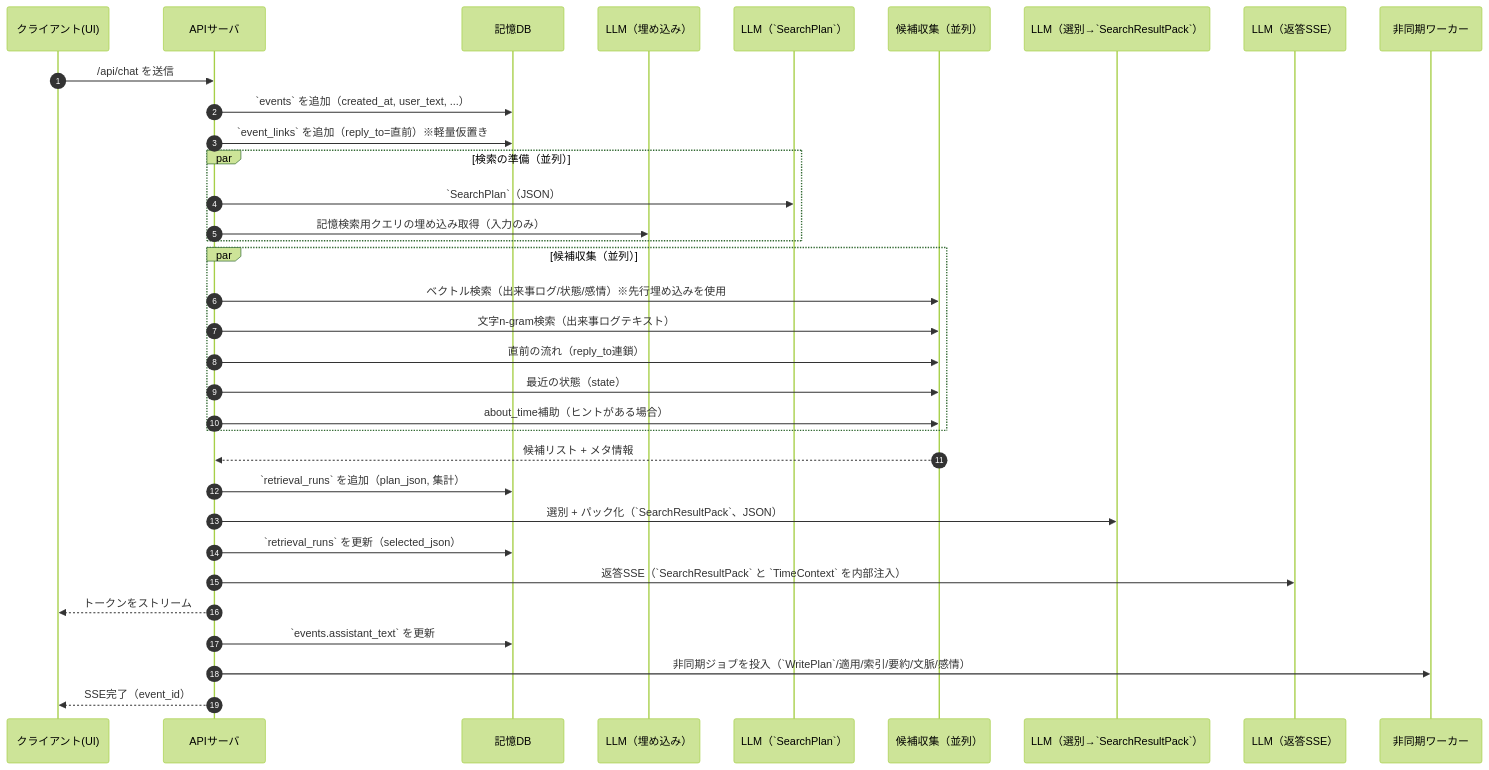
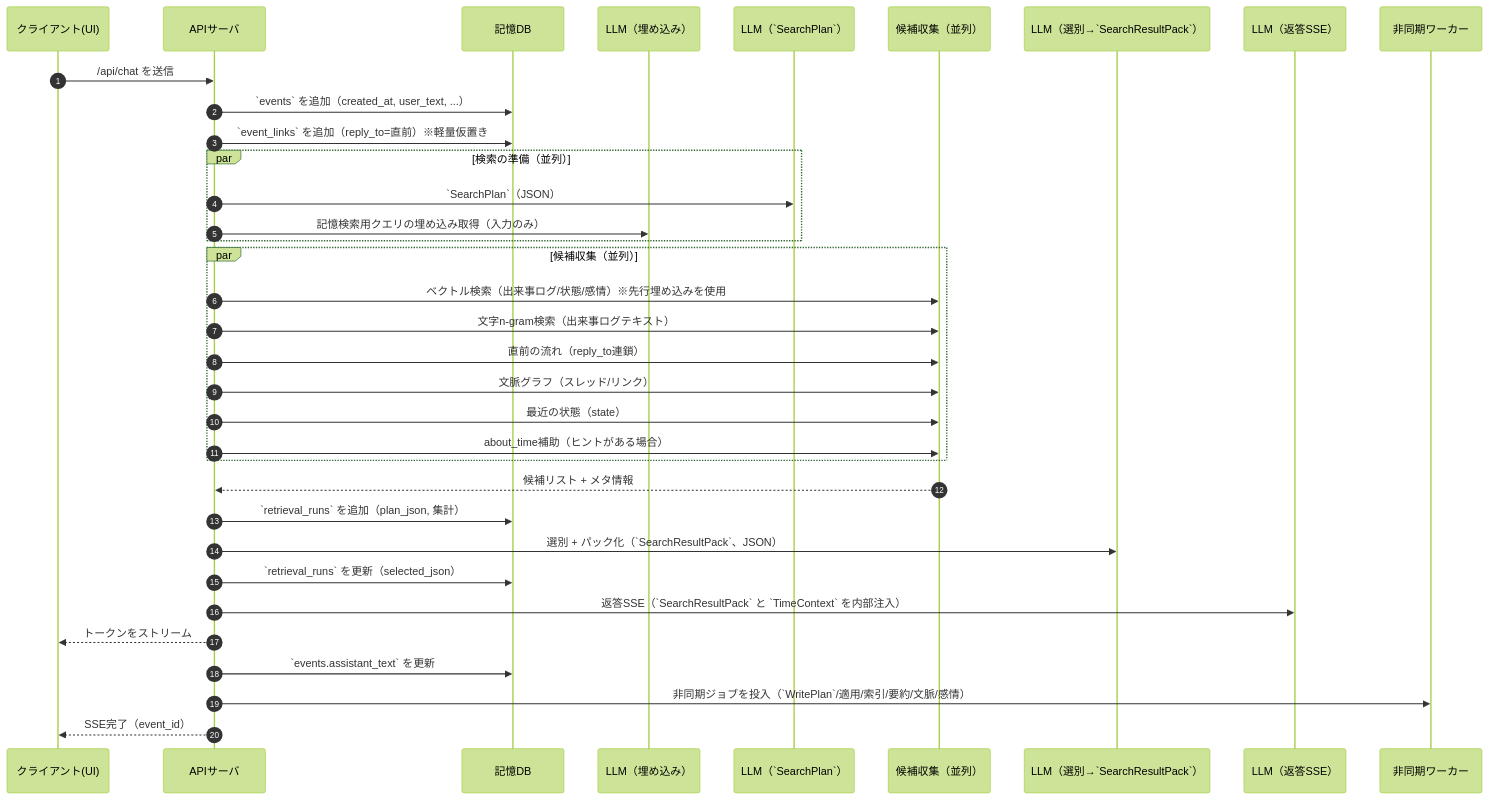
The diagram in docs/10_実行フロー.md (hirona98/CocoroGhost), drawn with Mermaid (forest theme) before and after one commit. The commit also changed 3 other files, not shown here.

````diff
--- a/docs/10_実行フロー.md
+++ b/docs/10_実行フロー.md
@@ -20,37 +20,38 @@
 ```mermaid
 sequenceDiagram
 	  autonumber
 	  participant UI as クライアント(UI)
 	  participant API as APIサーバ
 	  participant DB as 記憶DB
 	  participant L0 as LLM（埋め込み）
 	  participant L1 as LLM（`SearchPlan`）
 	  participant G as 候補収集（並列）
 	  participant L2 as LLM（選別→`SearchResultPack`）
 	  participant L3 as LLM（返答SSE）
 	  participant W as 非同期ワーカー
 
 	  UI->>API: /api/chat を送信
 	  API->>DB: `events` を追加（created_at, user_text, ...）
 	  API->>DB: `event_links` を追加（reply_to=直前）※軽量仮置き
 	  par 検索の準備（並列）
 	    API->>L1: `SearchPlan`（JSON）
 	    API->>L0: 記憶検索用クエリの埋め込み取得（入力のみ）
 	  end
 	  par 候補収集（並列）
 	    API->>G: ベクトル検索（出来事ログ/状態/感情）※先行埋め込みを使用
 	    API->>G: 文字n-gram検索（出来事ログテキスト）
 	    API->>G: 直前の流れ（reply_to連鎖）
+	    API->>G: 文脈グラフ（スレッド/リンク）
 	    API->>G: 最近の状態（state）
 	    API->>G: about_time補助（ヒントがある場合）
 	  end
   G-->>API: 候補リスト + メタ情報
   API->>DB: `retrieval_runs` を追加（plan_json, 集計）
   API->>L2: 選別 + パック化（`SearchResultPack`、JSON）
   API->>DB: `retrieval_runs` を更新（selected_json）
   API->>L3: 返答SSE（`SearchResultPack` と `TimeContext` を内部注入）
   API-->>UI: トークンをストリーム
   API->>DB: `events.assistant_text` を更新
   API->>W: 非同期ジョブを投入（`WritePlan`/適用/索引/要約/文脈/感情）
   API-->>UI: SSE完了（event_id）
 ```
````
